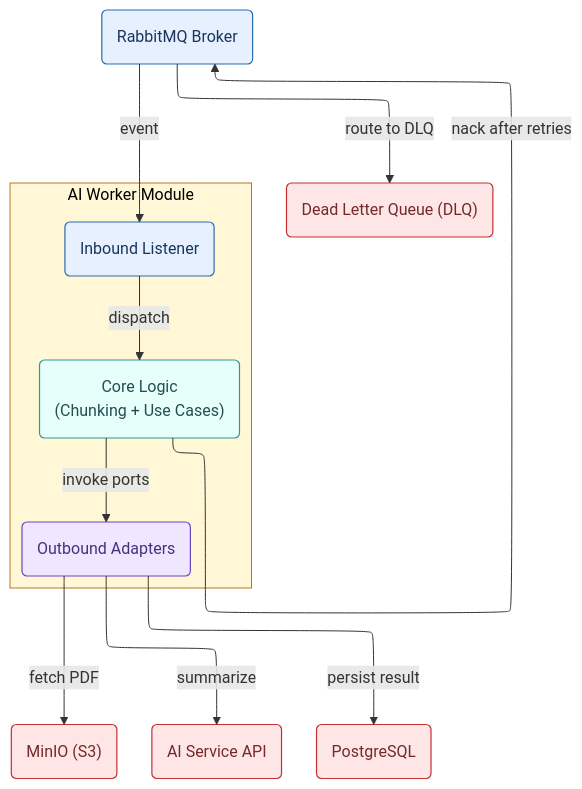
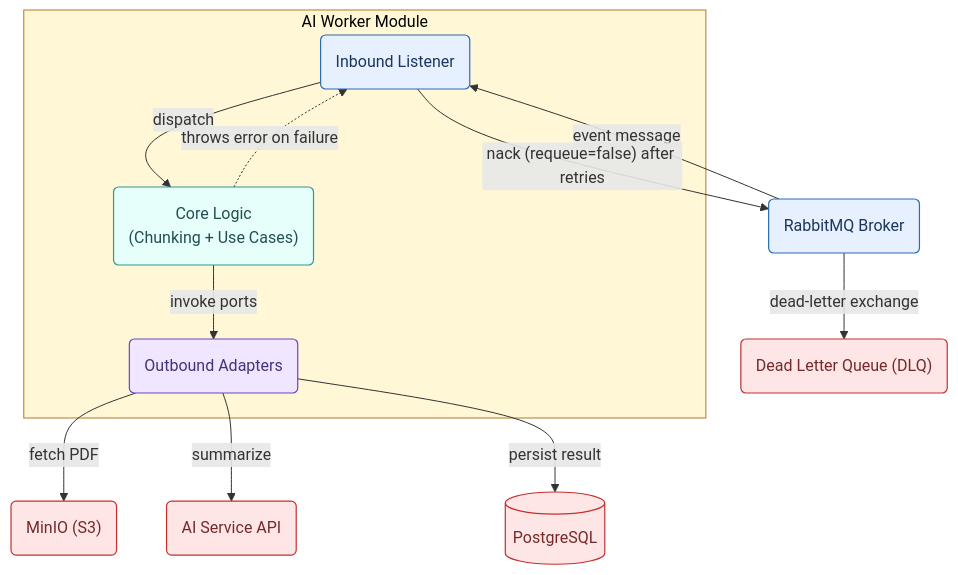
One commit to phatnguyen975/unihub-workshop changed the fifth of 5 diagrams in docs/project-structure.md. Above: the diagram before and after it, drawn with Mermaid. The commit also changed other lines of this file and 41 other files, not shown here.

````diff
--- a/docs/project-structure.md
+++ b/docs/project-structure.md
@@ -435,46 +405,34 @@
 ```mermaid
----
-config:
-  layout: elk
----
 flowchart TB
   subgraph Worker["AI Worker Module"]
-    Listener["Inbound Listener"]
-    Core["Core Logic\n(Chunking + Use Cases)"]
-    Outbound["Outbound Adapters"]
+    Listener("Inbound Listener")
+    Core("Core Logic<br/>(Chunking + Use Cases)")
+    Outbound("Outbound Adapters")
   end
 
-  Broker["RabbitMQ Broker"] -- event --> Listener
+  Broker("RabbitMQ Broker") -- event message --> Listener
   Listener -- dispatch --> Core
   Core -- invoke ports --> Outbound
-  Outbound -- fetch PDF --> S3["MinIO (S3)"]
-  Outbound -- summarize --> AI["AI Service API"]
-  Outbound -- persist result --> DB["PostgreSQL"]
-  Core -- nack after retries --> Broker
-  Broker -- route to DLQ --> DLQ["Dead Letter Queue (DLQ)"]
+  Outbound -- fetch PDF --> S3("MinIO (S3)")
+  Outbound -- summarize --> AI("AI Service API")
+  Outbound -- persist result --> DB[("PostgreSQL")]
+  Core -. throws error on failure .-> Listener
+  Listener -- nack (requeue=false) after retries --> Broker
+  Broker -- dead-letter exchange --> DLQ("Dead Letter Queue (DLQ)")
 
-  Listener@{ shape: rounded}
-  Core@{ shape: rounded}
-  Outbound@{ shape: rounded}
-  Broker@{ shape: rounded}
-  S3@{ shape: rounded}
-  AI@{ shape: rounded}
-  DB@{ shape: rounded}
-  DLQ@{ shape: rounded}
-    Listener:::worker
-    Core:::core
-    Outbound:::outbound
-    Broker:::broker
-    S3:::infra
-    AI:::infra
-    DB:::infra
-    DLQ:::dlq
+  class Listener worker
+  class Core core
+  class Outbound outbound
+  class Broker broker
+  class S3,AI,DB infra
+  class DLQ dlq
+
   classDef broker fill:#fff7d6,stroke:#b7791f,stroke-width:1.2px,color:#744210
   classDef worker fill:#e6f0ff,stroke:#2b6cb0,stroke-width:1.2px,color:#1a365d
   classDef core fill:#e6fffa,stroke:#319795,stroke-width:1.2px,color:#234e52
   classDef outbound fill:#f0e6ff,stroke:#6b46c1,stroke-width:1.2px,color:#44337a
   classDef infra fill:#ffe6e6,stroke:#c53030,stroke-width:1.2px,color:#742a2a
   classDef dlq fill:#ffe6e6,stroke:#c53030,stroke-width:1.2px,color:#742a2a
   style Broker fill:#e6f0ff,stroke:#2b6cb0,color:#1a365d
   style Worker fill:#fff7d6,stroke:#b7791f,color:#000000
 ```
````
